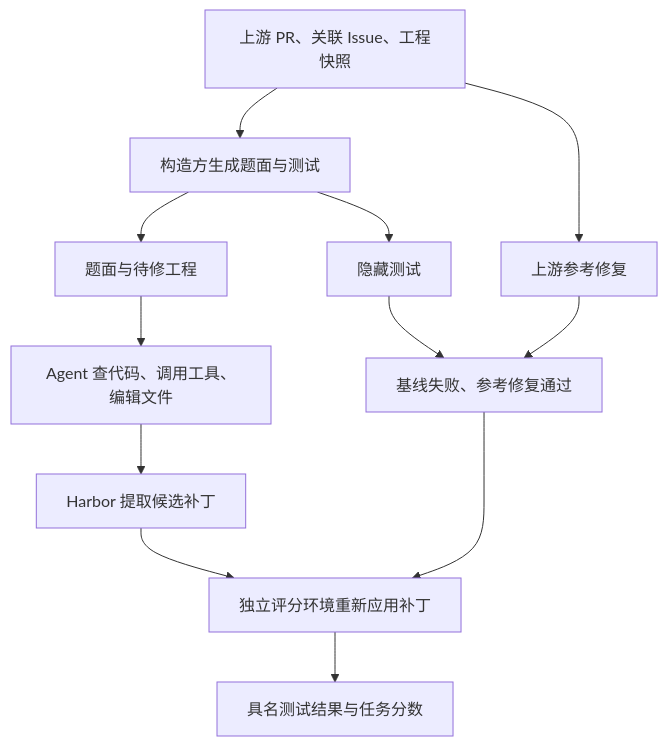
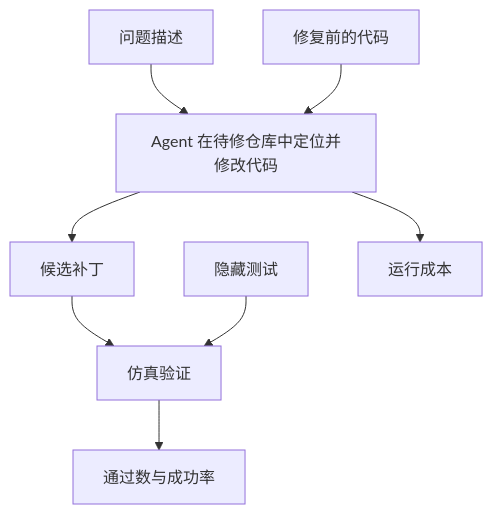
The first of 6 diagrams in README.md (5Mcv4He/hwe-bench-study), drawn with Mermaid before and after one commit. The commit also changed other lines of this file, not shown here.

Commit message:
按分享页原文恢复十轮问答，并在相关段落加入图表

````diff
--- a/README.md
+++ b/README.md
@@ -172,14 +21,10 @@
 ```mermaid
 flowchart TD
-    P["上游 PR、关联 Issue、工程快照"] --> B["构造方生成题面与测试"]
-    B --> I["题面与待修工程"]
-    B --> H["隐藏测试"]
-    P --> R["上游参考修复"]
-    H --> V["基线失败、参考修复通过"]
-    R --> V
-    I --> A["Agent 查代码、调用工具、编辑文件"]
-    A --> D["Harbor 提取候选补丁"]
-    D --> E["独立评分环境重新应用补丁"]
-    V --> E
-    E --> S["具名测试结果与任务分数"]
+    P["问题描述"] --> A["Agent 在待修仓库中定位并修改代码"]
+    B["修复前的代码"] --> A
+    A --> M["候选补丁"]
+    M --> V["仿真验证"]
+    T["隐藏测试"] --> V
+    V --> R["通过数与成功率"]
+    A --> C["运行成本"]
 ```
````
